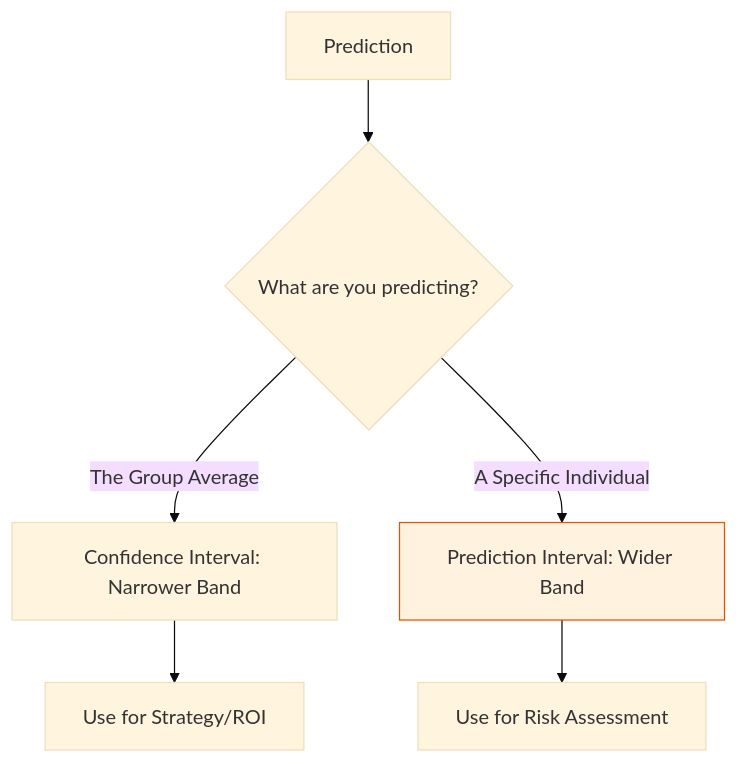
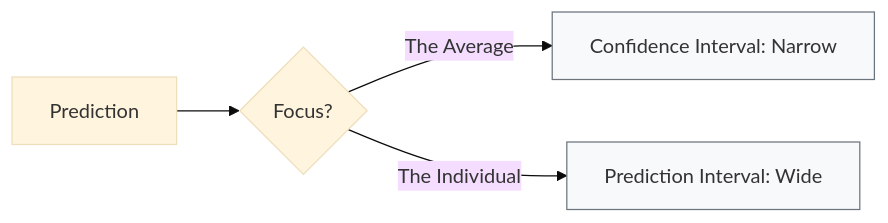
The eighth of 11 diagrams in README.md (susanavenda/data_cambridge), drawn with Mermaid (base theme) before and after one commit. The commit also changed other lines of this file, not shown here.

````diff
--- a/README.md
+++ b/README.md
@@ -219,10 +152,9 @@
 ```mermaid
-graph TD
-    A[Prediction] --> B{What are you predicting?}
-    B -- "The Group Average" --> C[Confidence Interval: Narrower Band]
-    B -- "A Specific Individual" --> D[Prediction Interval: Wider Band]
-    C --> E[Use for Strategy/ROI]
-    D --> F[Use for Risk Assessment]
-    style D fill:#fff3e0,stroke:#e65100
+graph LR
+    Goal[Prediction] --> Q{Focus?}
+    Q -- "The Average" --> CI[Confidence Interval: Narrow]
+    Q -- "The Individual" --> PI[Prediction Interval: Wide]
+    style CI fill:#f8f9fa,stroke:#6c757d
+    style PI fill:#f8f9fa,stroke:#6c757d
 
 ```
````
